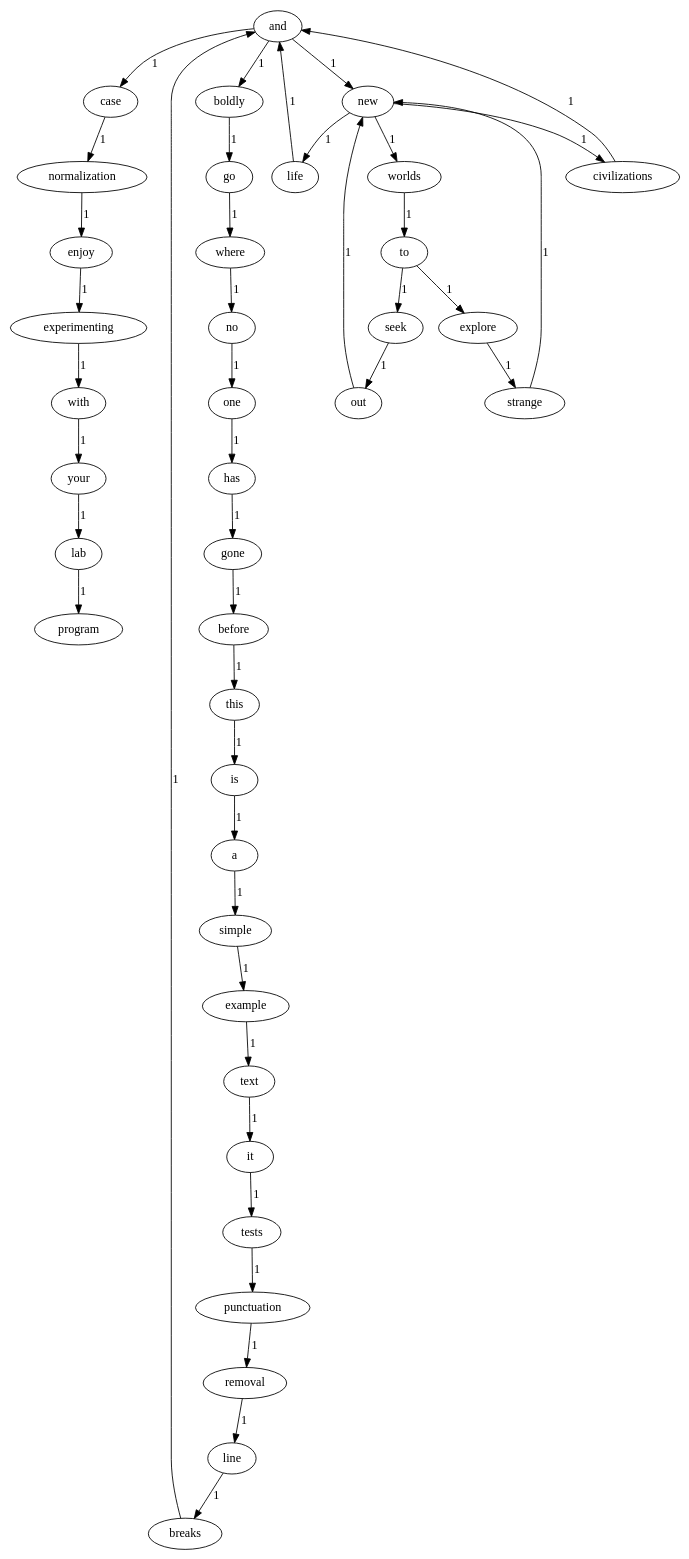
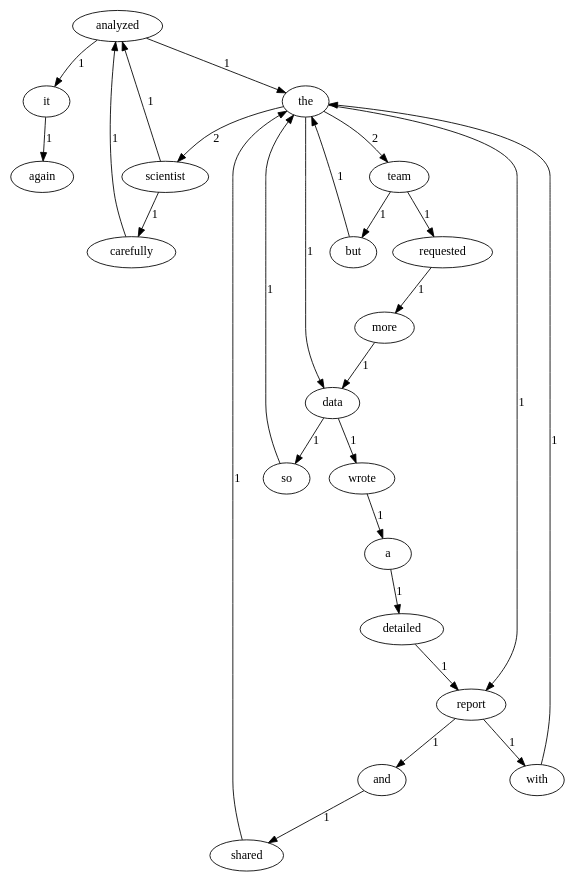
The diagram in lab1/output/graph.dot (MangguoD/Software-Engineering-GroupLabs), drawn with Graphviz before and after one commit. The commit also changed 9 other files, not shown here.

```diff
--- a/lab1/output/graph.dot
+++ b/lab1/output/graph.dot
@@ -1,82 +1,47 @@
 digraph G {
-  "program";
-  "lab";
-  "your";
+  "again";
+  "more";
   "with";
-  "experimenting";
-  "enjoy";
-  "normalization";
-  "breaks";
-  "removal";
-  "punctuation";
-  "tests";
-  "gone";
-  "simple";
-  "new";
-  "has";
-  "worlds";
-  "is";
-  "example";
-  "explore";
-  "this";
-  "life";
-  "before";
+  "team";
+  "shared";
+  "but";
+  "a";
+  "requested";
+  "and";
+  "detailed";
+  "carefully";
+  "wrote";
+  "data";
+  "so";
+  "report";
   "it";
-  "text";
-  "no";
-  "where";
-  "civilizations";
-  "one";
-  "and";
-  "out";
-  "to";
-  "go";
-  "a";
-  "line";
-  "strange";
-  "case";
-  "boldly";
-  "seek";
-  "lab" -> "program" [label="1"];
-  "your" -> "lab" [label="1"];
-  "with" -> "your" [label="1"];
-  "experimenting" -> "with" [label="1"];
-  "enjoy" -> "experimenting" [label="1"];
-  "normalization" -> "enjoy" [label="1"];
-  "breaks" -> "and" [label="1"];
-  "removal" -> "line" [label="1"];
-  "punctuation" -> "removal" [label="1"];
-  "tests" -> "punctuation" [label="1"];
-  "gone" -> "before" [label="1"];
-  "simple" -> "example" [label="1"];
-  "new" -> "civilizations" [label="1"];
-  "new" -> "life" [label="1"];
-  "new" -> "worlds" [label="1"];
-  "has" -> "gone" [label="1"];
-  "worlds" -> "to" [label="1"];
-  "is" -> "a" [label="1"];
-  "example" -> "text" [label="1"];
-  "explore" -> "strange" [label="1"];
-  "this" -> "is" [label="1"];
-  "life" -> "and" [label="1"];
-  "before" -> "this" [label="1"];
-  "it" -> "tests" [label="1"];
-  "text" -> "it" [label="1"];
-  "no" -> "one" [label="1"];
-  "where" -> "no" [label="1"];
-  "civilizations" -> "and" [label="1"];
-  "one" -> "has" [label="1"];
-  "and" -> "boldly" [label="1"];
-  "and" -> "case" [label="1"];
-  "and" -> "new" [label="1"];
-  "out" -> "new" [label="1"];
-  "to" -> "seek" [label="1"];
-  "to" -> "explore" [label="1"];
-  "go" -> "where" [label="1"];
-  "a" -> "simple" [label="1"];
-  "line" -> "breaks" [label="1"];
-  "strange" -> "new" [label="1"];
-  "case" -> "normalization" [label="1"];
-  "boldly" -> "go" [label="1"];
-  "seek" -> "out" [label="1"];
+  "the";
+  "analyzed";
+  "scientist";
+  "more" -> "data" [label="1"];
+  "with" -> "the" [label="1"];
+  "team" -> "requested" [label="1"];
+  "team" -> "but" [label="1"];
+  "shared" -> "the" [label="1"];
+  "but" -> "the" [label="1"];
+  "a" -> "detailed" [label="1"];
+  "requested" -> "more" [label="1"];
+  "and" -> "shared" [label="1"];
+  "detailed" -> "report" [label="1"];
+  "carefully" -> "analyzed" [label="1"];
+  "wrote" -> "a" [label="1"];
+  "data" -> "so" [label="1"];
+  "data" -> "wrote" [label="1"];
+  "so" -> "the" [label="1"];
+  "report" -> "with" [label="1"];
+  "report" -> "and" [label="1"];
+  "it" -> "again" [label="1"];
+  "the" -> "team" [label="2"];
+  "the" -> "data" [label="1"];
+  "the" -> "report" [label="1"];
+  "the" -> "scientist" [label="2"];
+  "analyzed" -> "it" [label="1"];
+  "analyzed" -> "the" [label="1"];
+  "scientist" -> "analyzed" [label="1"];
+  "scientist" -> "carefully" [label="1"];
 }
```
